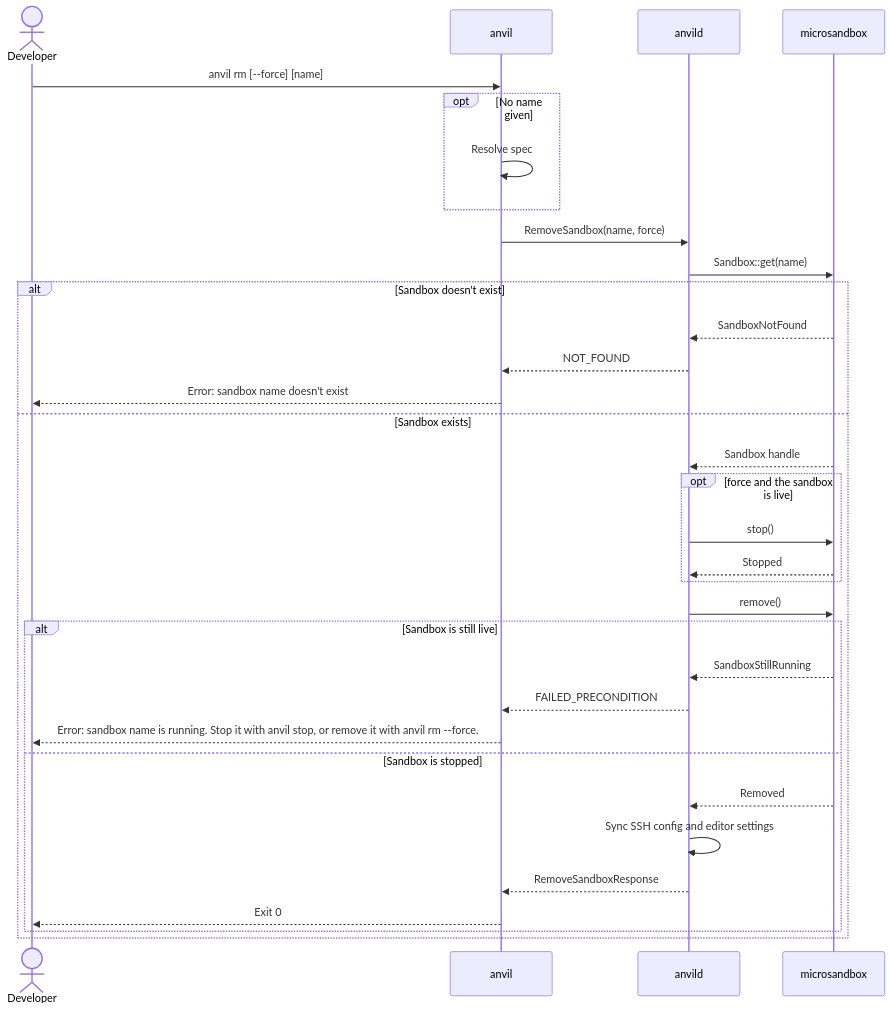
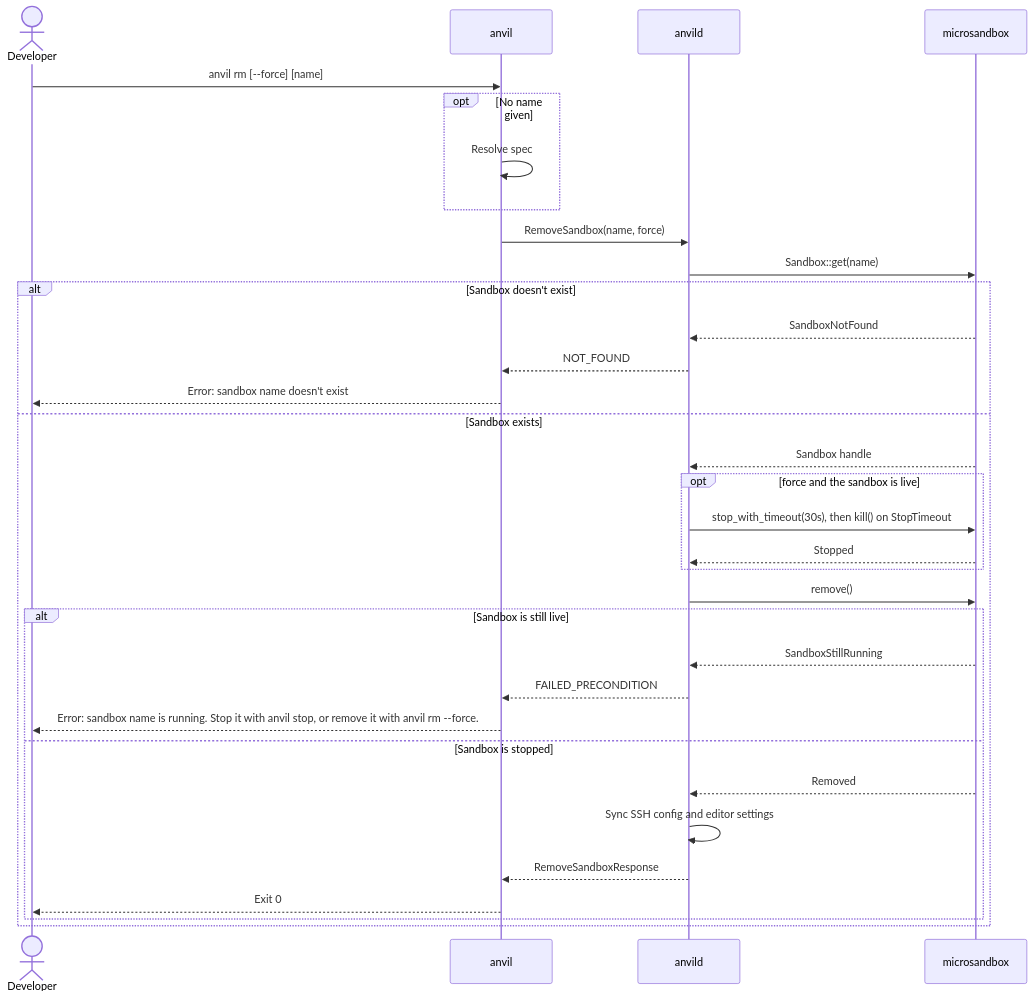
The third of 6 diagrams in docs/architecture/06-runtime-view.md (wmeints/anvil), drawn with Mermaid before and after one commit. The commit also changed other lines of this file and 3 other files, not shown here.

First line of the commit message:
fix(daemon): kill a sandbox that doesn't stop within 30 seconds

````diff
--- a/docs/architecture/06-runtime-view.md
+++ b/docs/architecture/06-runtime-view.md
@@ -141,36 +150,36 @@
 ```mermaid
 sequenceDiagram
     actor Dev as Developer
     participant CLI as anvil
     participant D as anvild
     participant MS as microsandbox
 
     Dev->>CLI: anvil rm [--force] [name]
     opt No name given
         CLI->>CLI: Resolve spec
     end
     CLI->>D: RemoveSandbox(name, force)
     D->>MS: Sandbox::get(name)
     alt Sandbox doesn't exist
         MS-->>D: SandboxNotFound
         D-->>CLI: NOT_FOUND
         CLI-->>Dev: Error: sandbox name doesn't exist
     else Sandbox exists
         MS-->>D: Sandbox handle
         opt force and the sandbox is live
-            D->>MS: stop()
+            D->>MS: stop_with_timeout(30s), then kill() on StopTimeout
             MS-->>D: Stopped
         end
         D->>MS: remove()
         alt Sandbox is still live
             MS-->>D: SandboxStillRunning
             D-->>CLI: FAILED_PRECONDITION
             CLI-->>Dev: Error: sandbox name is running. Stop it with anvil stop, or remove it with anvil rm --force.
         else Sandbox is stopped
             MS-->>D: Removed
             D->>D: Sync SSH config and editor settings
             D-->>CLI: RemoveSandboxResponse
             CLI-->>Dev: Exit 0
         end
     end
 ```
````
